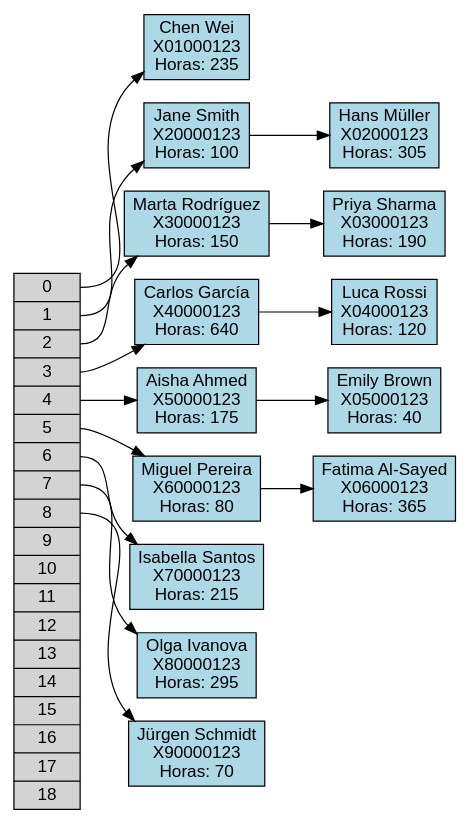
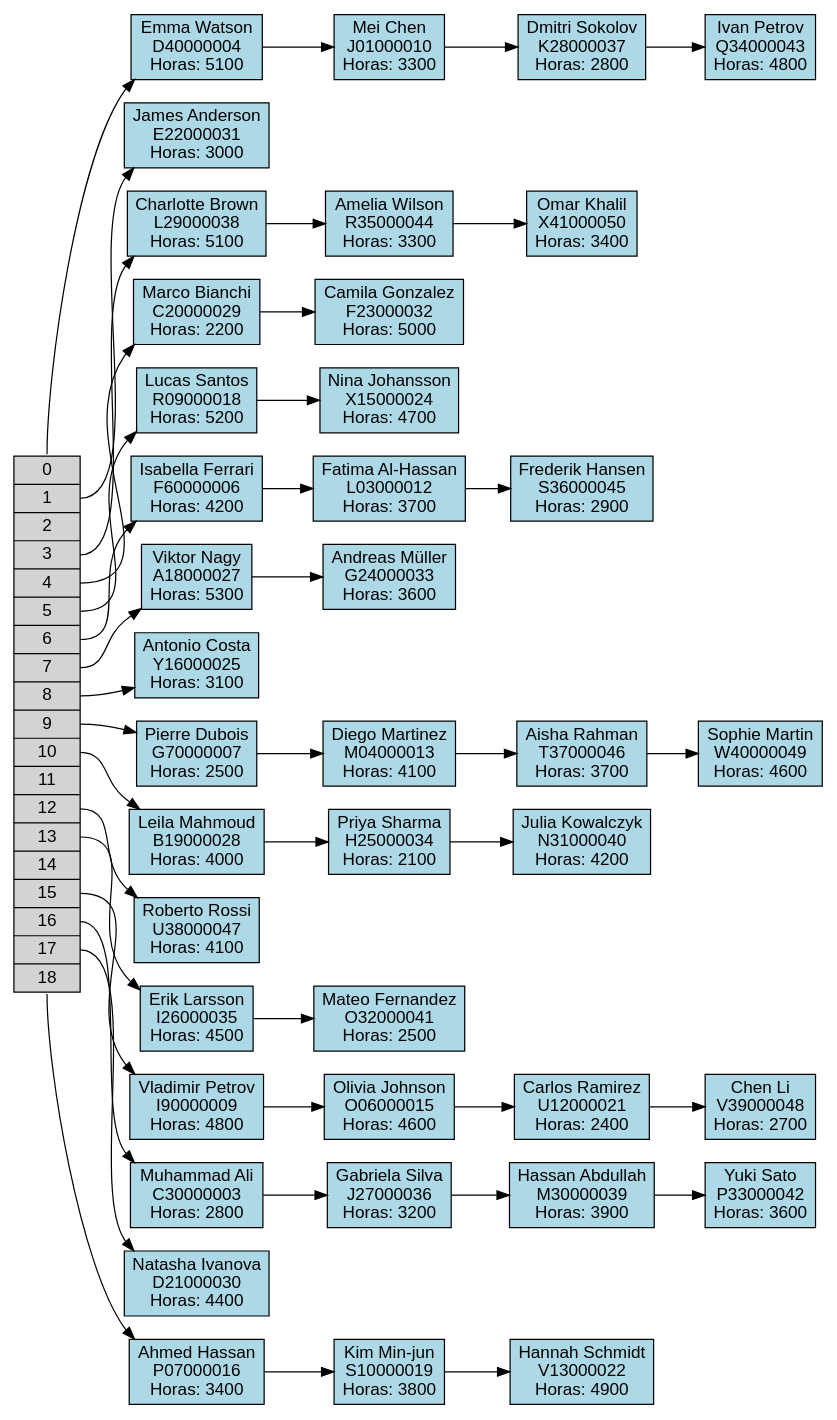
Before and after one commit to Alexis31T/EDD_Proyecto_202401884: the diagram in EDD_Practica_202401884/reportes/tabla_hash_pilotos.dot, drawn with Graphviz. The commit also changed 18 other files, not shown here.

```diff
--- a/EDD_Practica_202401884/reportes/tabla_hash_pilotos.dot
+++ b/EDD_Practica_202401884/reportes/tabla_hash_pilotos.dot
@@ -1,36 +1,88 @@
 digraph TablaHashPilotos {
     rankdir=LR;
     node [shape=record, fontname="Arial"];
     edge [fontname="Arial"];
 
     tabla [label="<f0> 0 | <f1> 1 | <f2> 2 | <f3> 3 | <f4> 4 | <f5> 5 | <f6> 6 | <f7> 7 | <f8> 8 | <f9> 9 | <f10> 10 | <f11> 11 | <f12> 12 | <f13> 13 | <f14> 14 | <f15> 15 | <f16> 16 | <f17> 17 | <f18> 18", fillcolor=lightgray, style=filled];
 
-    nodo_0_0 [label="{Chen Wei\nX01000123\nHoras: 235}", fillcolor=lightblue, style=filled];
+    nodo_0_0 [label="{Emma Watson\nD40000004\nHoras: 5100}", fillcolor=lightblue, style=filled];
     tabla:f0 -> nodo_0_0;
-    nodo_1_0 [label="{Jane Smith\nX20000123\nHoras: 100}", fillcolor=lightblue, style=filled];
+    nodo_0_1 [label="{Mei Chen\nJ01000010\nHoras: 3300}", fillcolor=lightblue, style=filled];
+    nodo_0_0 -> nodo_0_1;
+    nodo_0_2 [label="{Dmitri Sokolov\nK28000037\nHoras: 2800}", fillcolor=lightblue, style=filled];
+    nodo_0_1 -> nodo_0_2;
+    nodo_0_3 [label="{Ivan Petrov\nQ34000043\nHoras: 4800}", fillcolor=lightblue, style=filled];
+    nodo_0_2 -> nodo_0_3;
+    nodo_1_0 [label="{James Anderson\nE22000031\nHoras: 3000}", fillcolor=lightblue, style=filled];
     tabla:f1 -> nodo_1_0;
-    nodo_1_1 [label="{Hans Müller\nX02000123\nHoras: 305}", fillcolor=lightblue, style=filled];
-    nodo_1_0 -> nodo_1_1;
-    nodo_2_0 [label="{Marta Rodríguez\nX30000123\nHoras: 150}", fillcolor=lightblue, style=filled];
-    tabla:f2 -> nodo_2_0;
-    nodo_2_1 [label="{Priya Sharma\nX03000123\nHoras: 190}", fillcolor=lightblue, style=filled];
-    nodo_2_0 -> nodo_2_1;
-    nodo_3_0 [label="{Carlos García\nX40000123\nHoras: 640}", fillcolor=lightblue, style=filled];
+    nodo_3_0 [label="{Charlotte Brown\nL29000038\nHoras: 5100}", fillcolor=lightblue, style=filled];
     tabla:f3 -> nodo_3_0;
-    nodo_3_1 [label="{Luca Rossi\nX04000123\nHoras: 120}", fillcolor=lightblue, style=filled];
+    nodo_3_1 [label="{Amelia Wilson\nR35000044\nHoras: 3300}", fillcolor=lightblue, style=filled];
     nodo_3_0 -> nodo_3_1;
-    nodo_4_0 [label="{Aisha Ahmed\nX50000123\nHoras: 175}", fillcolor=lightblue, style=filled];
+    nodo_3_2 [label="{Omar Khalil\nX41000050\nHoras: 3400}", fillcolor=lightblue, style=filled];
+    nodo_3_1 -> nodo_3_2;
+    nodo_4_0 [label="{Marco Bianchi\nC20000029\nHoras: 2200}", fillcolor=lightblue, style=filled];
     tabla:f4 -> nodo_4_0;
-    nodo_4_1 [label="{Emily Brown\nX05000123\nHoras: 40}", fillcolor=lightblue, style=filled];
+    nodo_4_1 [label="{Camila Gonzalez\nF23000032\nHoras: 5000}", fillcolor=lightblue, style=filled];
     nodo_4_0 -> nodo_4_1;
-    nodo_5_0 [label="{Miguel Pereira\nX60000123\nHoras: 80}", fillcolor=lightblue, style=filled];
+    nodo_5_0 [label="{Lucas Santos\nR09000018\nHoras: 5200}", fillcolor=lightblue, style=filled];
     tabla:f5 -> nodo_5_0;
-    nodo_5_1 [label="{Fatima Al-Sayed\nX06000123\nHoras: 365}", fillcolor=lightblue, style=filled];
+    nodo_5_1 [label="{Nina Johansson\nX15000024\nHoras: 4700}", fillcolor=lightblue, style=filled];
     nodo_5_0 -> nodo_5_1;
-    nodo_6_0 [label="{Isabella Santos\nX70000123\nHoras: 215}", fillcolor=lightblue, style=filled];
+    nodo_6_0 [label="{Isabella Ferrari\nF60000006\nHoras: 4200}", fillcolor=lightblue, style=filled];
     tabla:f6 -> nodo_6_0;
-    nodo_7_0 [label="{Olga Ivanova\nX80000123\nHoras: 295}", fillcolor=lightblue, style=filled];
+    nodo_6_1 [label="{Fatima Al-Hassan\nL03000012\nHoras: 3700}", fillcolor=lightblue, style=filled];
+    nodo_6_0 -> nodo_6_1;
+    nodo_6_2 [label="{Frederik Hansen\nS36000045\nHoras: 2900}", fillcolor=lightblue, style=filled];
+    nodo_6_1 -> nodo_6_2;
+    nodo_7_0 [label="{Viktor Nagy\nA18000027\nHoras: 5300}", fillcolor=lightblue, style=filled];
     tabla:f7 -> nodo_7_0;
-    nodo_8_0 [label="{Jürgen Schmidt\nX90000123\nHoras: 70}", fillcolor=lightblue, style=filled];
+    nodo_7_1 [label="{Andreas Müller\nG24000033\nHoras: 3600}", fillcolor=lightblue, style=filled];
+    nodo_7_0 -> nodo_7_1;
+    nodo_8_0 [label="{Antonio Costa\nY16000025\nHoras: 3100}", fillcolor=lightblue, style=filled];
     tabla:f8 -> nodo_8_0;
+    nodo_9_0 [label="{Pierre Dubois\nG70000007\nHoras: 2500}", fillcolor=lightblue, style=filled];
+    tabla:f9 -> nodo_9_0;
+    nodo_9_1 [label="{Diego Martinez\nM04000013\nHoras: 4100}", fillcolor=lightblue, style=filled];
+    nodo_9_0 -> nodo_9_1;
+    nodo_9_2 [label="{Aisha Rahman\nT37000046\nHoras: 3700}", fillcolor=lightblue, style=filled];
+    nodo_9_1 -> nodo_9_2;
+    nodo_9_3 [label="{Sophie Martin\nW40000049\nHoras: 4600}", fillcolor=lightblue, style=filled];
+    nodo_9_2 -> nodo_9_3;
+    nodo_10_0 [label="{Leila Mahmoud\nB19000028\nHoras: 4000}", fillcolor=lightblue, style=filled];
+    tabla:f10 -> nodo_10_0;
+    nodo_10_1 [label="{Priya Sharma\nH25000034\nHoras: 2100}", fillcolor=lightblue, style=filled];
+    nodo_10_0 -> nodo_10_1;
+    nodo_10_2 [label="{Julia Kowalczyk\nN31000040\nHoras: 4200}", fillcolor=lightblue, style=filled];
+    nodo_10_1 -> nodo_10_2;
+    nodo_12_0 [label="{Roberto Rossi\nU38000047\nHoras: 4100}", fillcolor=lightblue, style=filled];
+    tabla:f12 -> nodo_12_0;
+    nodo_13_0 [label="{Erik Larsson\nI26000035\nHoras: 4500}", fillcolor=lightblue, style=filled];
+    tabla:f13 -> nodo_13_0;
+    nodo_13_1 [label="{Mateo Fernandez\nO32000041\nHoras: 2500}", fillcolor=lightblue, style=filled];
+    nodo_13_0 -> nodo_13_1;
+    nodo_15_0 [label="{Vladimir Petrov\nI90000009\nHoras: 4800}", fillcolor=lightblue, style=filled];
+    tabla:f15 -> nodo_15_0;
+    nodo_15_1 [label="{Olivia Johnson\nO06000015\nHoras: 4600}", fillcolor=lightblue, style=filled];
+    nodo_15_0 -> nodo_15_1;
+    nodo_15_2 [label="{Carlos Ramirez\nU12000021\nHoras: 2400}", fillcolor=lightblue, style=filled];
+    nodo_15_1 -> nodo_15_2;
+    nodo_15_3 [label="{Chen Li\nV39000048\nHoras: 2700}", fillcolor=lightblue, style=filled];
+    nodo_15_2 -> nodo_15_3;
+    nodo_16_0 [label="{Muhammad Ali\nC30000003\nHoras: 2800}", fillcolor=lightblue, style=filled];
+    tabla:f16 -> nodo_16_0;
+    nodo_16_1 [label="{Gabriela Silva\nJ27000036\nHoras: 3200}", fillcolor=lightblue, style=filled];
+    nodo_16_0 -> nodo_16_1;
+    nodo_16_2 [label="{Hassan Abdullah\nM30000039\nHoras: 3900}", fillcolor=lightblue, style=filled];
+    nodo_16_1 -> nodo_16_2;
+    nodo_16_3 [label="{Yuki Sato\nP33000042\nHoras: 3600}", fillcolor=lightblue, style=filled];
+    nodo_16_2 -> nodo_16_3;
+    nodo_17_0 [label="{Natasha Ivanova\nD21000030\nHoras: 4400}", fillcolor=lightblue, style=filled];
+    tabla:f17 -> nodo_17_0;
+    nodo_18_0 [label="{Ahmed Hassan\nP07000016\nHoras: 3400}", fillcolor=lightblue, style=filled];
+    tabla:f18 -> nodo_18_0;
+    nodo_18_1 [label="{Kim Min-jun\nS10000019\nHoras: 3800}", fillcolor=lightblue, style=filled];
+    nodo_18_0 -> nodo_18_1;
+    nodo_18_2 [label="{Hannah Schmidt\nV13000022\nHoras: 4900}", fillcolor=lightblue, style=filled];
+    nodo_18_1 -> nodo_18_2;
 }
```
